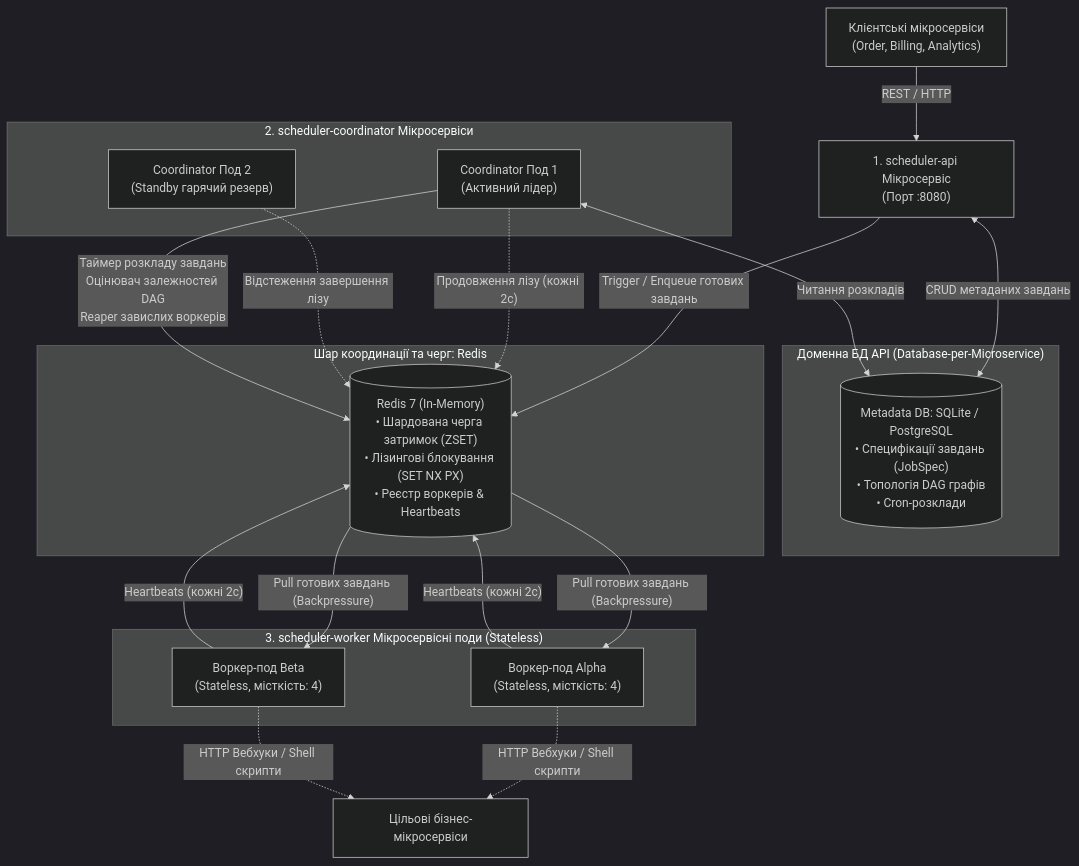
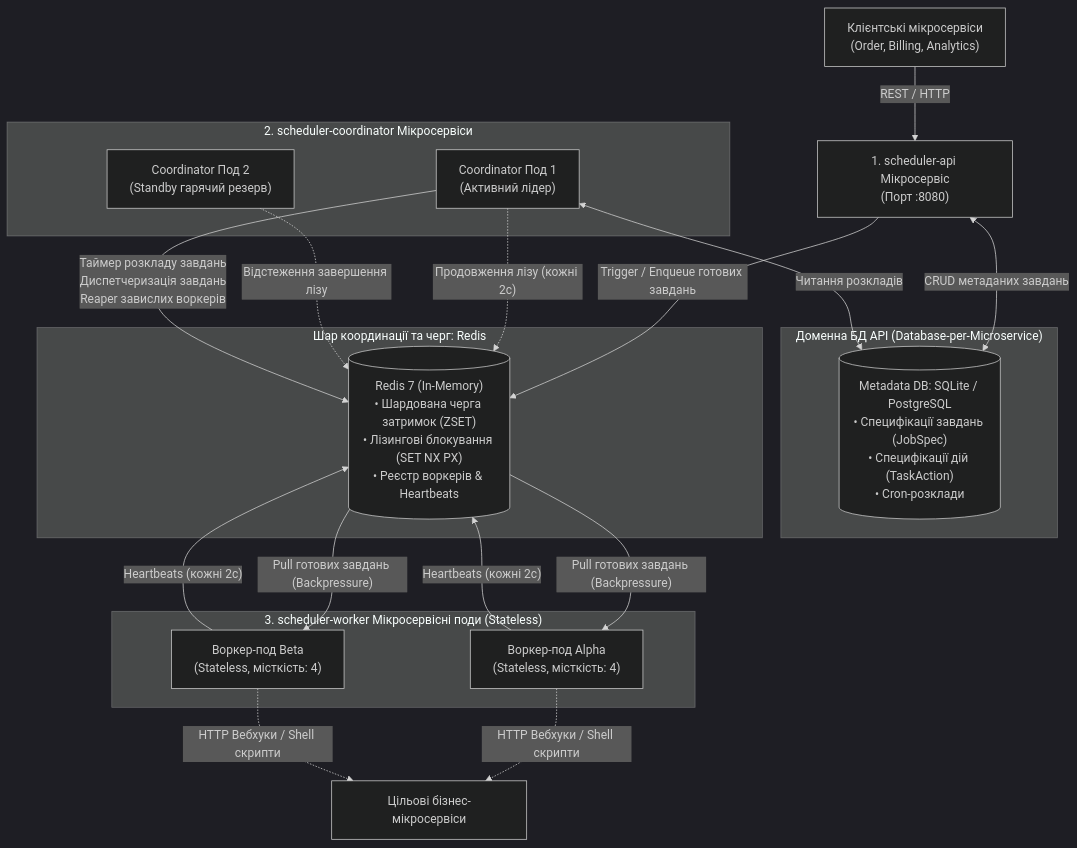
One commit to tarashor/job-scheduler changed the first of 4 diagrams in README.md. Above: the diagram before and after it, drawn with Mermaid (dark theme). The commit also changed other lines of this file and 9 other files, not shown here.

Commit message:
Remove DAG dependency engine and support independent parallel task execution

````diff
--- a/README.md
+++ b/README.md
@@ -47,39 +47,39 @@
 ```mermaid
 flowchart TD
     ClientSvc["Клієнтські мікросервіси<br/>(Order, Billing, Analytics)"] -->|"REST / HTTP"| API["1. scheduler-api Мікросервіс<br/>(Порт :8080)"]
     
     subgraph APIDatabase ["Доменна БД API (Database-per-Microservice)"]
-        MetaDB[("Metadata DB: SQLite / PostgreSQL<br/>• Специфікації завдань (JobSpec)<br/>• Топологія DAG графів<br/>• Cron-розклади")]
+        MetaDB[("Metadata DB: SQLite / PostgreSQL<br/>• Специфікації завдань (JobSpec)<br/>• Специфікації дій (TaskAction)<br/>• Cron-розклади")]
     end
     API <-->|"CRUD метаданих завдань"| MetaDB
 
     subgraph StorageLayer ["Шар координації та черг: Redis"]
         Redis[("Redis 7 (In-Memory)<br/>• Шардована черга затримок (ZSET)<br/>• Лізингові блокування (SET NX PX)<br/>• Реєстр воркерів & Heartbeats")]
     end
 
     API -->|"Trigger / Enqueue готових завдань"| Redis
 
     subgraph CoordinatorPods ["2. scheduler-coordinator Мікросервіси"]
         C1["Coordinator Под 1<br/>(Активний лідер)"]
         C2["Coordinator Под 2<br/>(Standby гарячий резерв)"]
         C1 -.->|"Продовження лізу (кожні 2с)"| Redis
         C2 -.->|"Відстеження завершення лізу"| Redis
     end
 
     C1 <-->|"Читання розкладів"| MetaDB
-    C1 -- "Таймер розкладу завдань<br/>Оцінювач залежностей DAG<br/>Reaper завислих воркерів" --> Redis
+    C1 -- "Таймер розкладу завдань<br/>Диспетчеризація завдань<br/>Reaper завислих воркерів" --> Redis
 
     subgraph WorkerPool ["3. scheduler-worker Мікросервісні поди (Stateless)"]
         W1["Воркер-под Alpha<br/>(Stateless, місткість: 4)"]
         W2["Воркер-под Beta<br/>(Stateless, місткість: 4)"]
     end
 
     Redis -- "Pull готових завдань (Backpressure)" --> W1
     Redis -- "Pull готових завдань (Backpressure)" --> W2
 
     W1 -- "Heartbeats (кожні 2с)" --> Redis
     W2 -- "Heartbeats (кожні 2с)" --> Redis
 
     W1 -.->|"HTTP Вебхуки / Shell скрипти"| TargetSvc["Цільові бізнес-мікросервіси"]
     W2 -.->|"HTTP Вебхуки / Shell скрипти"| TargetSvc
 ```
````
